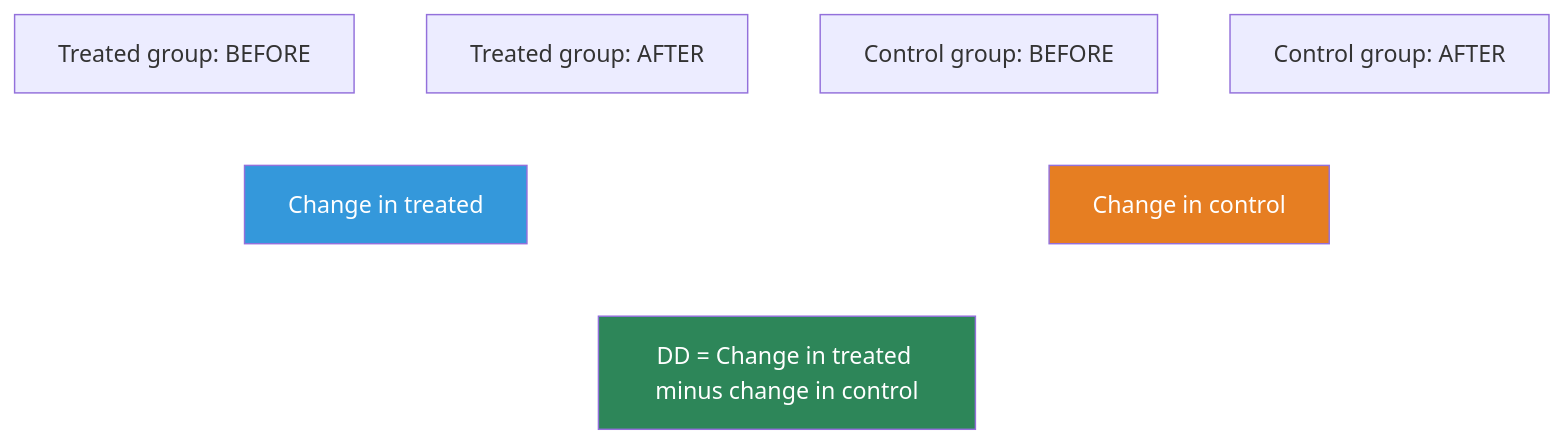
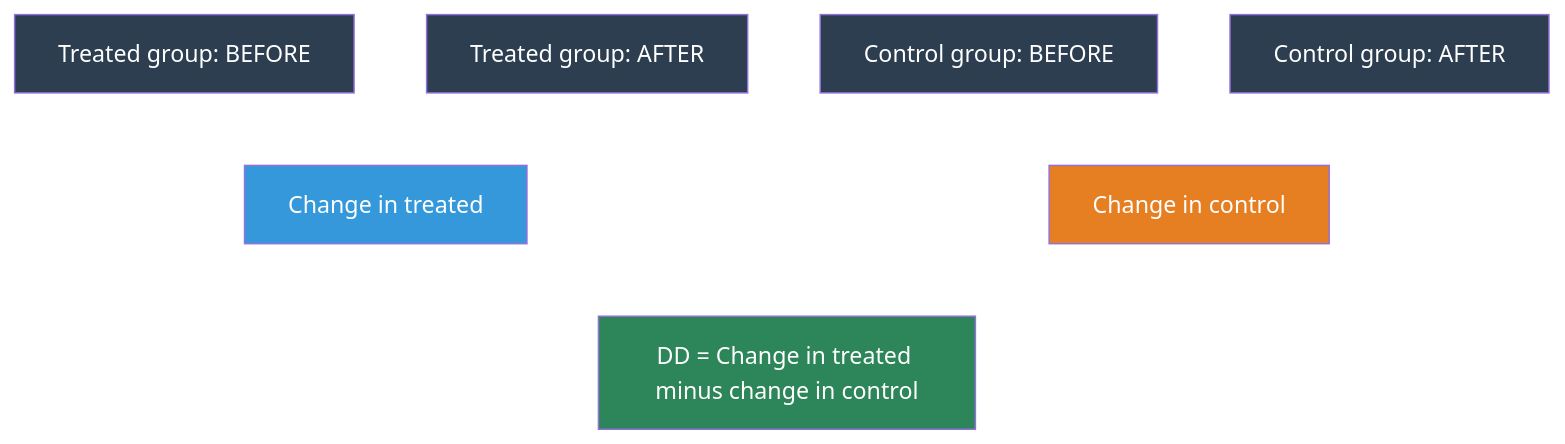
One commit to cmg777/intro2causal changed the second of 3 diagrams in book/notebooks_quarto/05-differences-in-differences.qmd. Above: the diagram before and after it, drawn with Mermaid. The commit also changed other lines of this file and 5 other files, not shown here.

Commit message:
Add missing node styles and explanatory paragraphs to all mermaid diagrams

````diff
--- a/book/notebooks_quarto/05-differences-in-differences.qmd
+++ b/book/notebooks_quarto/05-differences-in-differences.qmd
@@ -165,25 +165,29 @@
 ```{mermaid}
 %%| label: fig-dd-logic
 %%| fig-cap: "The DD method: subtract the control group's change from the treated group's change to isolate the causal effect."
 
 graph TD
     T1["Treated group: BEFORE"]
     T2["Treated group: AFTER"]
     C1["Control group: BEFORE"]
     C2["Control group: AFTER"]
     DT["Change in treated"]
     DC["Change in control"]
     DD["DD = Change in treated minus change in control"]
 
     T1 --> DT
     T2 --> DT
     C1 --> DC
     C2 --> DC
     DT --> DD
     DC --> DD
 
+    style T1 fill:#2c3e50,color:#fff
+    style T2 fill:#2c3e50,color:#fff
+    style C1 fill:#2c3e50,color:#fff
+    style C2 fill:#2c3e50,color:#fff
     style DD fill:#2d8659,color:#fff
     style DT fill:#3498db,color:#fff
     style DC fill:#e67e22,color:#fff
     linkStyle default stroke:#fff,stroke-width:2px
 ```
````
